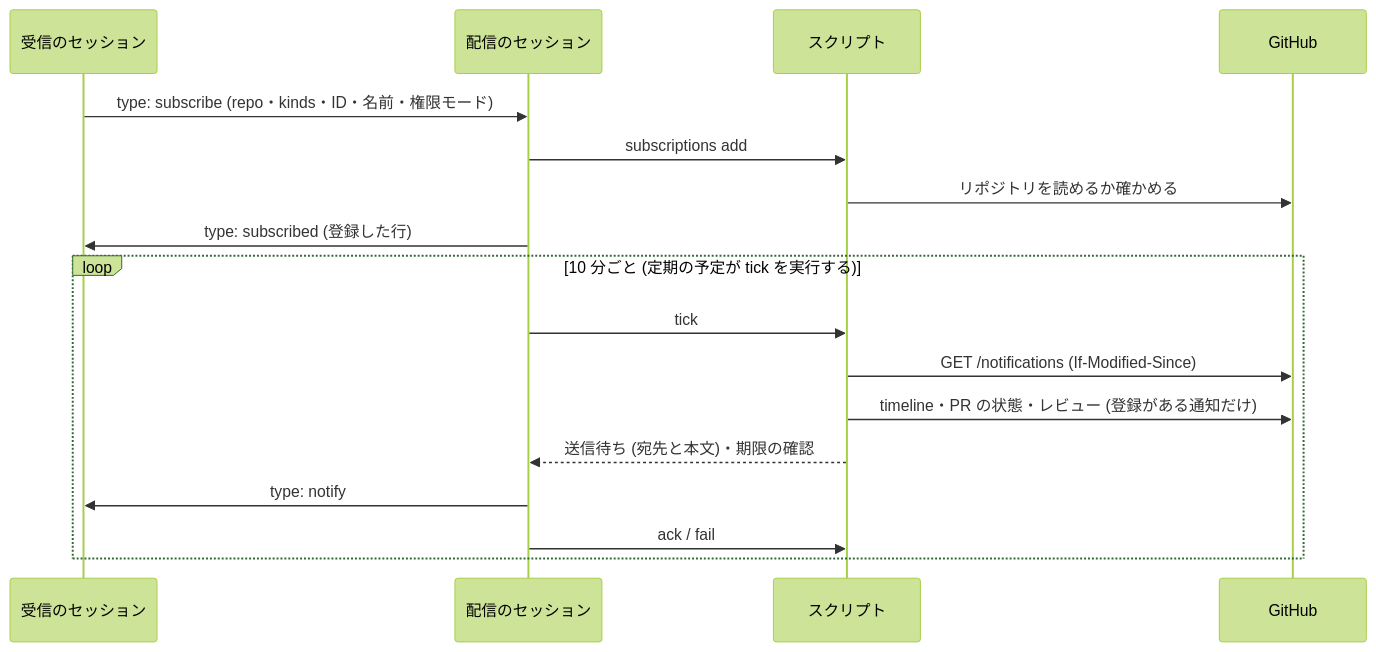
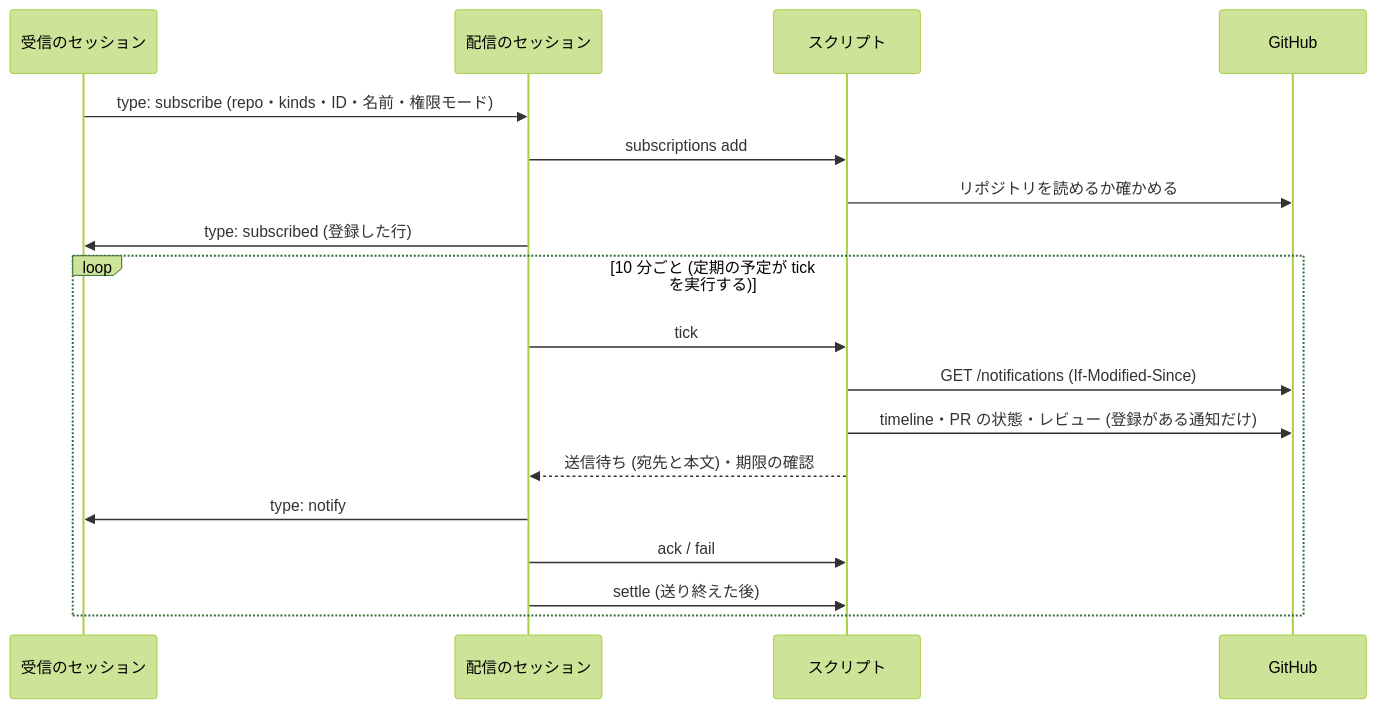
Before and after one commit to akm/claude-plugins: the diagram in docs/plans/2026-11-14-1428-feat-gh-notification-dispatch-plan.md, drawn with Mermaid (forest theme). The commit also changed other lines of this file, not shown here.

First line of the commit message:
📝 docs(gh-notification-dispatch): 計画の U3 の手順 4・図・記録の表に、サブコマンド settle の手順を反映する (#284)

````diff
--- a/docs/plans/2026-11-14-1428-feat-gh-notification-dispatch-plan.md
+++ b/docs/plans/2026-11-14-1428-feat-gh-notification-dispatch-plan.md
@@ -138,19 +138,20 @@
 ```mermaid
 sequenceDiagram
   participant R as 受信のセッション
   participant D as 配信のセッション
   participant S as スクリプト
   participant G as GitHub
   R->>D: type: subscribe (repo・kinds・ID・名前・権限モード)
   D->>S: subscriptions add
   S->>G: リポジトリを読めるか確かめる
   D->>R: type: subscribed (登録した行)
   loop 10 分ごと (定期の予定が tick を実行する)
     D->>S: tick
     S->>G: GET /notifications (If-Modified-Since)
     S->>G: timeline・PR の状態・レビュー (登録がある通知だけ)
     S-->>D: 送信待ち (宛先と本文)・期限の確認
     D->>R: type: notify
     D->>S: ack / fail
+    D->>S: settle (送り終えた後)
   end
 ```
````
